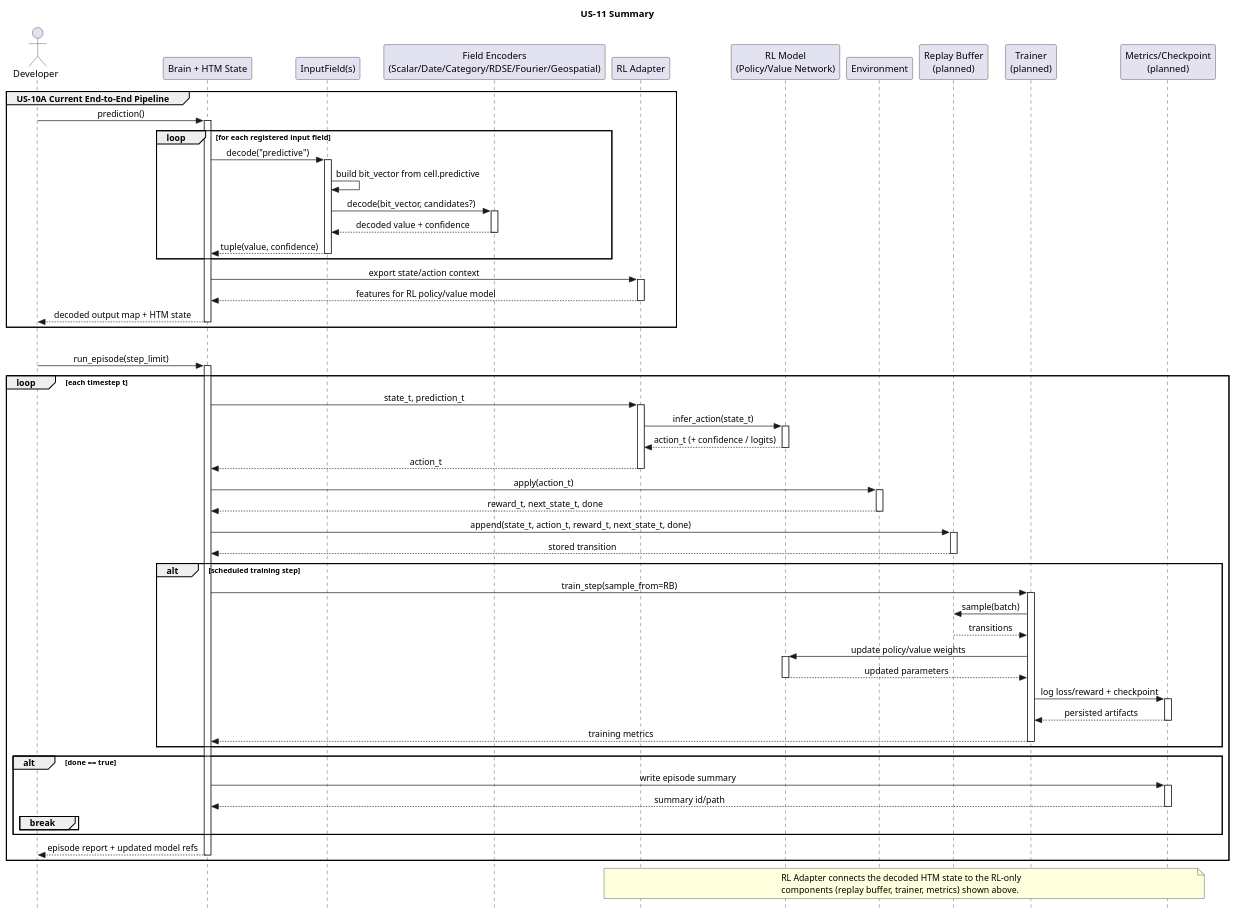
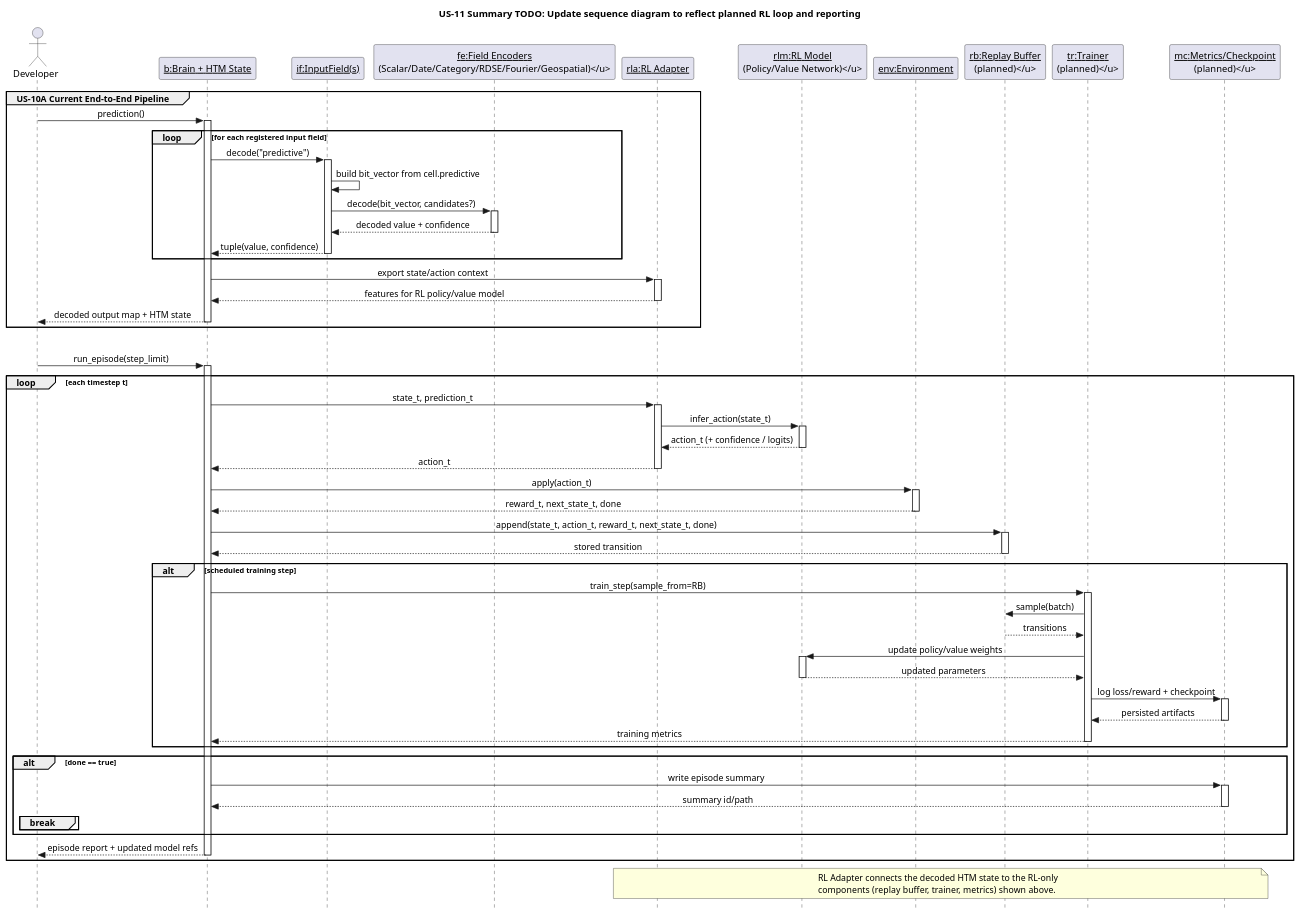
One commit to egrembocki/htmrl changed the diagram in docs/puml/US/us-11.puml. Above: the diagram before and after it, drawn with PlantUML. The commit also changed 8 other files, not shown here.

```diff
--- a/docs/puml/US/us-11.puml
+++ b/docs/puml/US/us-11.puml
@@ -1,99 +1,99 @@
 @startuml
 skinparam style strictuml
 skinparam sequenceMessageAlign center
 skinparam responseMessageBelowArrow true
 
-title US-11 Summary
+title US-11 Summary TODO: Update sequence diagram to reflect planned RL loop and reporting
 
 actor "Developer" as Dev
-participant "Brain + HTM State" as BR
-participant "InputField(s)" as IF
-participant "Field Encoders\n(Scalar/Date/Category/RDSE/Fourier/Geospatial)" as FE
-participant "RL Adapter" as RLA
-participant "RL Model\n(Policy/Value Network)" as RLM
-participant "Environment" as ENV
-participant "Replay Buffer\n(planned)" as RB
-participant "Trainer\n(planned)" as TR
-participant "Metrics/Checkpoint\n(planned)" as MC
+participant "<u>b:Brain + HTM State</u>" as BR
+participant "<u>if:InputField(s)</u>" as IF
+participant "<u>fe:Field Encoders\n(Scalar/Date/Category/RDSE/Fourier/Geospatial)</u>" as FE
+participant "<u>rla:RL Adapter</u>" as RLA
+participant "<u>rlm:RL Model\n(Policy/Value Network)</u>" as RLM
+participant "<u>env:Environment</u>" as ENV
+participant "<u>rb:Replay Buffer\n(planned)</u>" as RB
+participant "<u>tr:Trainer\n(planned)</u>" as TR
+participant "<u>mc:Metrics/Checkpoint\n(planned)</u>" as MC
 
 group US-10A Current End-to-End Pipeline
   Dev -> BR: prediction()
   activate BR
   loop for each registered input field
     BR -> IF: decode("predictive")
     activate IF
     IF -> IF: build bit_vector from cell.predictive
     IF -> FE: decode(bit_vector, candidates?)
     activate FE
     FE --> IF: decoded value + confidence
     deactivate FE
     IF --> BR: tuple(value, confidence)
     deactivate IF
   end
 
   BR -> RLA: export state/action context
   activate RLA
   RLA --> BR: features for RL policy/value model
   deactivate RLA
 
   BR --> Dev: decoded output map + HTM state
   deactivate BR
 end
 
 group US-10B Planned RL Loop (Figure 6-1/6-2 Alignment)
   Dev -> BR: run_episode(step_limit)
   activate BR
   loop each timestep t
     BR -> RLA: state_t, prediction_t
     activate RLA
     RLA -> RLM: infer_action(state_t)
     activate RLM
     RLM --> RLA: action_t (+ confidence / logits)
     deactivate RLM
     RLA --> BR: action_t
     deactivate RLA
 
     BR -> ENV: apply(action_t)
     activate ENV
     ENV --> BR: reward_t, next_state_t, done
     deactivate ENV
 
     BR -> RB: append(state_t, action_t, reward_t, next_state_t, done)
     activate RB
     RB --> BR: stored transition
     deactivate RB
 
     alt scheduled training step
       BR -> TR: train_step(sample_from=RB)
       activate TR
       TR -> RB: sample(batch)
       RB --> TR: transitions
       TR -> RLM: update policy/value weights
       activate RLM
       RLM --> TR: updated parameters
       deactivate RLM
       TR -> MC: log loss/reward + checkpoint
       activate MC
       MC --> TR: persisted artifacts
       deactivate MC
       TR --> BR: training metrics
       deactivate TR
     end
 
     alt done == true
       BR -> MC: write episode summary
       activate MC
       MC --> BR: summary id/path
       deactivate MC
       break
     end
   end
   BR --> Dev: episode report + updated model refs
   deactivate BR
 end
 
 note over RLA,MC
 RL Adapter connects the decoded HTM state to the RL-only
 components (replay buffer, trainer, metrics) shown above.
 end note
 @enduml
```
